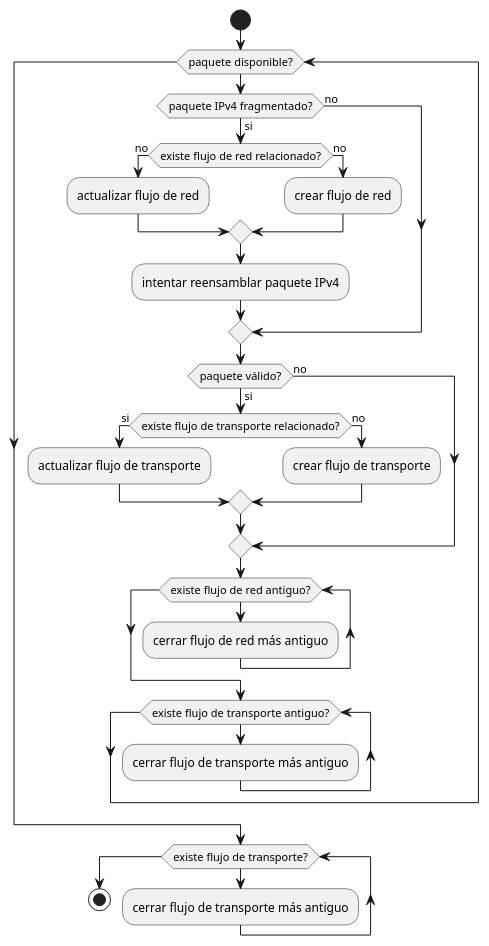
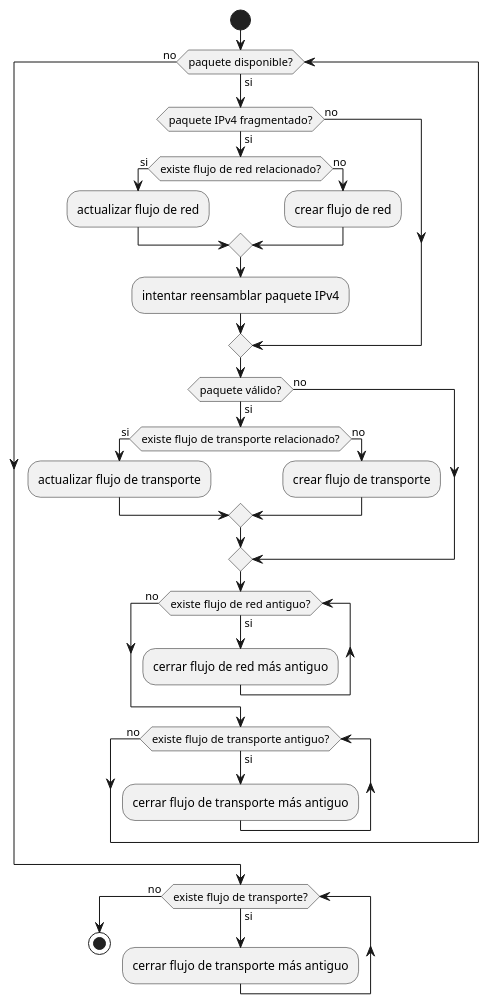
The diagram in report/plant_uml_diagrams/general_tool_loop.plantuml (RabadanDotDev/tfg), drawn with PlantUML before and after one commit. The commit also changed 7 other files, not shown here.

```diff
--- a/report/plant_uml_diagrams/general_tool_loop.plantuml
+++ b/report/plant_uml_diagrams/general_tool_loop.plantuml
@@ -1,40 +1,40 @@
 @startuml
 
 start
-while (paquete disponible?)
+while (paquete disponible?) is (si)
   if (paquete IPv4 fragmentado?) then (si)
 
-    if (existe flujo de red relacionado?) then (no)
+    if (existe flujo de red relacionado?) then (si)
       :actualizar flujo de red;
     else (no)
       :crear flujo de red;
     endif
     
     :intentar reensamblar paquete IPv4;
   else (no)
   endif
 
   if (paquete válido?) then (si)
     if (existe flujo de transporte relacionado?) then (si)
       :actualizar flujo de transporte;
     else (no)
       :crear flujo de transporte;
     endif
   else (no)
   endif
 
-  while (existe flujo de red antiguo?)
+  while (existe flujo de red antiguo?) is (si)
     :cerrar flujo de red más antiguo;
-  endwhile
+  endwhile (no)
 
-  while (existe flujo de transporte antiguo?)
+  while (existe flujo de transporte antiguo?) is (si)
     :cerrar flujo de transporte más antiguo;
-  endwhile
-endwhile
+  endwhile (no)
+endwhile (no)
 
-while (existe flujo de transporte?)
+while (existe flujo de transporte?) is (si)
   :cerrar flujo de transporte más antiguo;
-endwhile
+endwhile (no)
 
 stop
 @enduml
```
